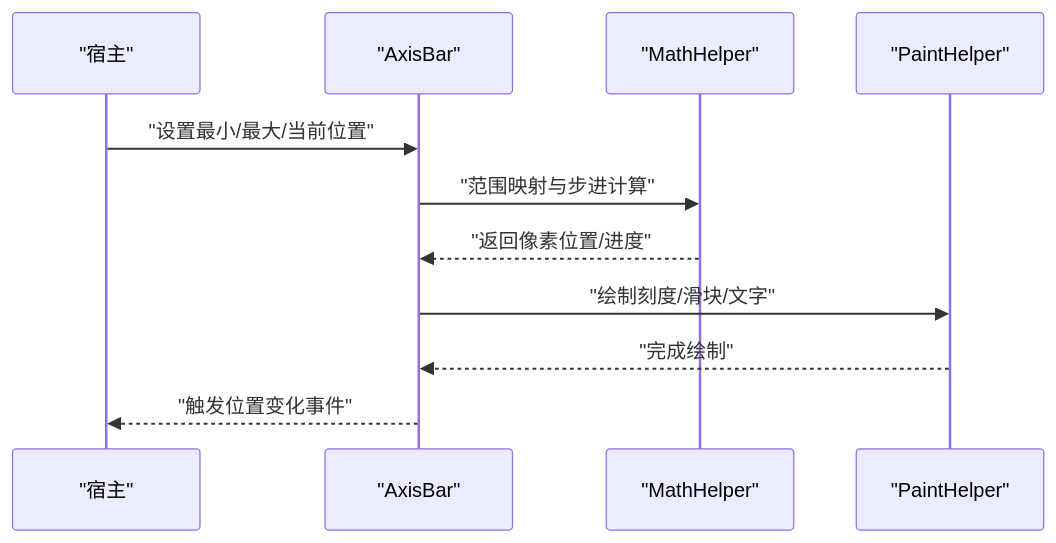
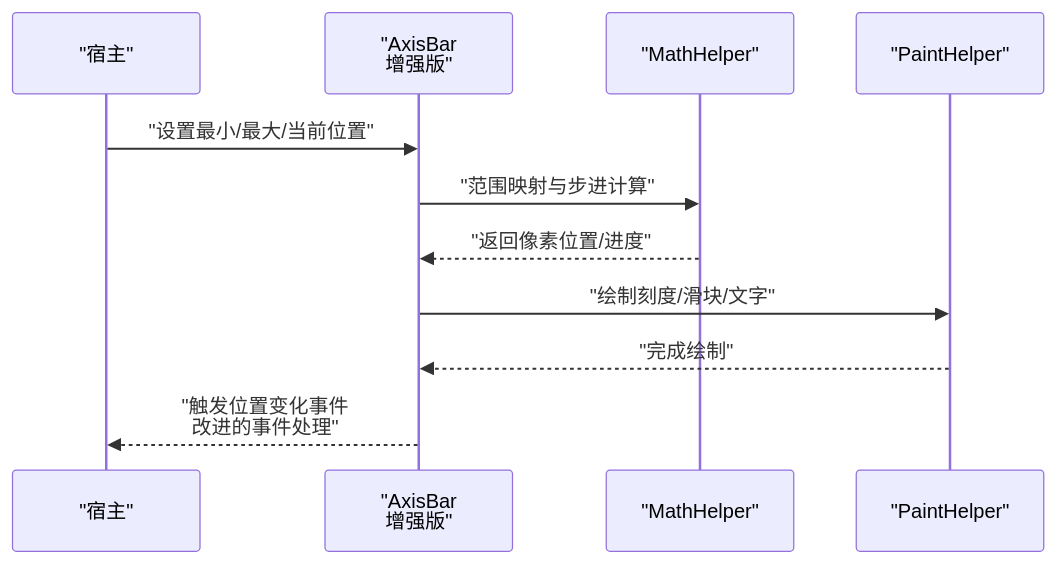
One commit to fuweiq94-cloud/3399180760 changed the third of 9 diagrams in .qoder/repowiki/zh/content/API参考文档/控件库API.md. Above: the diagram before and after it, drawn with Mermaid. The commit also changed other lines of this file and 22 other files, not shown here.

````diff
--- a/.qoder/repowiki/zh/content/API参考文档/控件库API.md
+++ b/.qoder/repowiki/zh/content/API参考文档/控件库API.md
@@ -208,13 +241,13 @@
 ```mermaid
 sequenceDiagram
 participant Host as "宿主"
-participant Bar as "AxisBar"
+participant Bar as "AxisBar<br/>增强版"
 participant Tool as "MathHelper"
 participant Draw as "PaintHelper"
 Host->>Bar : "设置最小/最大/当前位置"
 Bar->>Tool : "范围映射与步进计算"
 Tool-->>Bar : "返回像素位置/进度"
 Bar->>Draw : "绘制刻度/滑块/文字"
 Draw-->>Bar : "完成绘制"
-Bar-->>Host : "触发位置变化事件"
+Bar-->>Host : "触发位置变化事件<br/>改进的事件处理"
 ```
````
